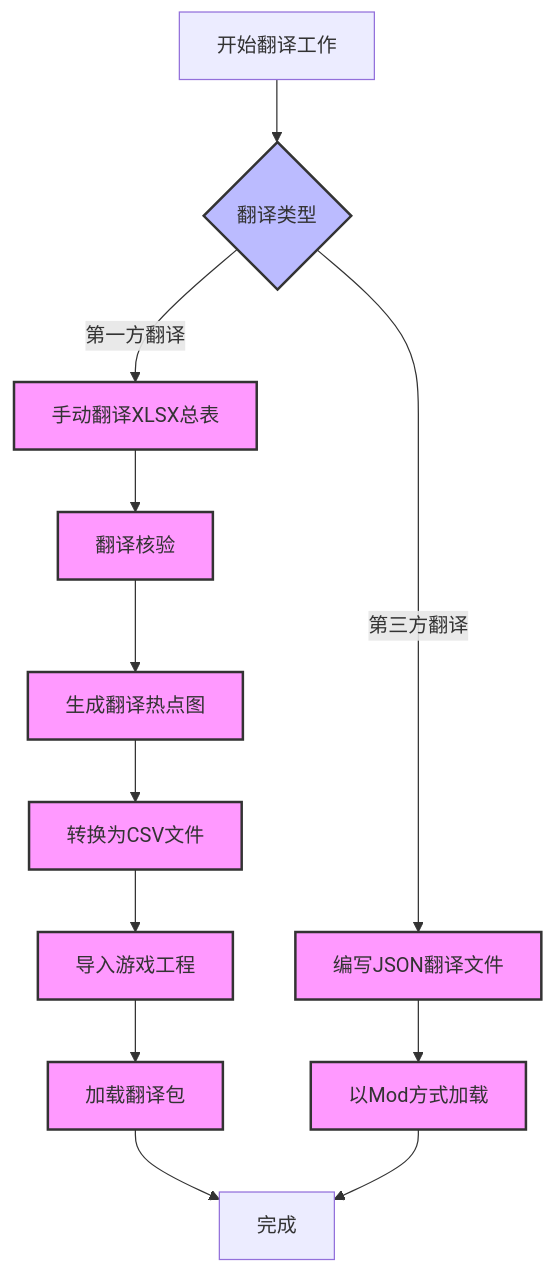
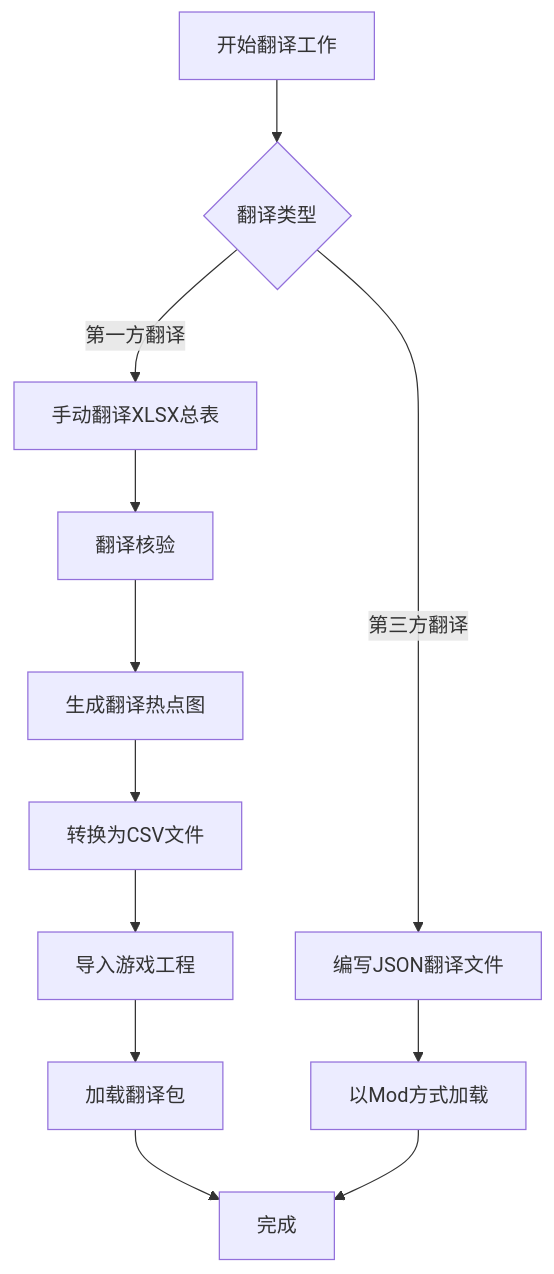
Before and after one commit to luccion/WhiteverseDesignWorkflow: the fourth of 5 diagrams in README.md, drawn with Mermaid. The commit also changed other lines of this file, not shown here.

````diff
--- a/README.md
+++ b/README.md
@@ -225,24 +290,18 @@
 ```mermaid
 graph TD
     Start[开始翻译工作] --> Type{翻译类型}
 
     %% 第一方翻译流程
     Type -->|第一方翻译| A[手动翻译XLSX总表]
     A --> B[翻译核验]
     B --> C[生成翻译热点图]
     C --> D[转换为CSV文件]
     D --> E[导入游戏工程]
     E --> F[加载翻译包]
     F --> End[完成]
 
     %% 第三方翻译流程
     Type -->|第三方翻译| G[编写JSON翻译文件]
     G --> H[以Mod方式加载]
     H --> End
-
-    %% 样式
-    classDef process fill:#f9f,stroke:#333,stroke-width:2px;
-    classDef decision fill:#bbf,stroke:#333,stroke-width:2px;
-    class Type decision;
-    class A,B,C,D,E,F,G,H process;
 ```
````
